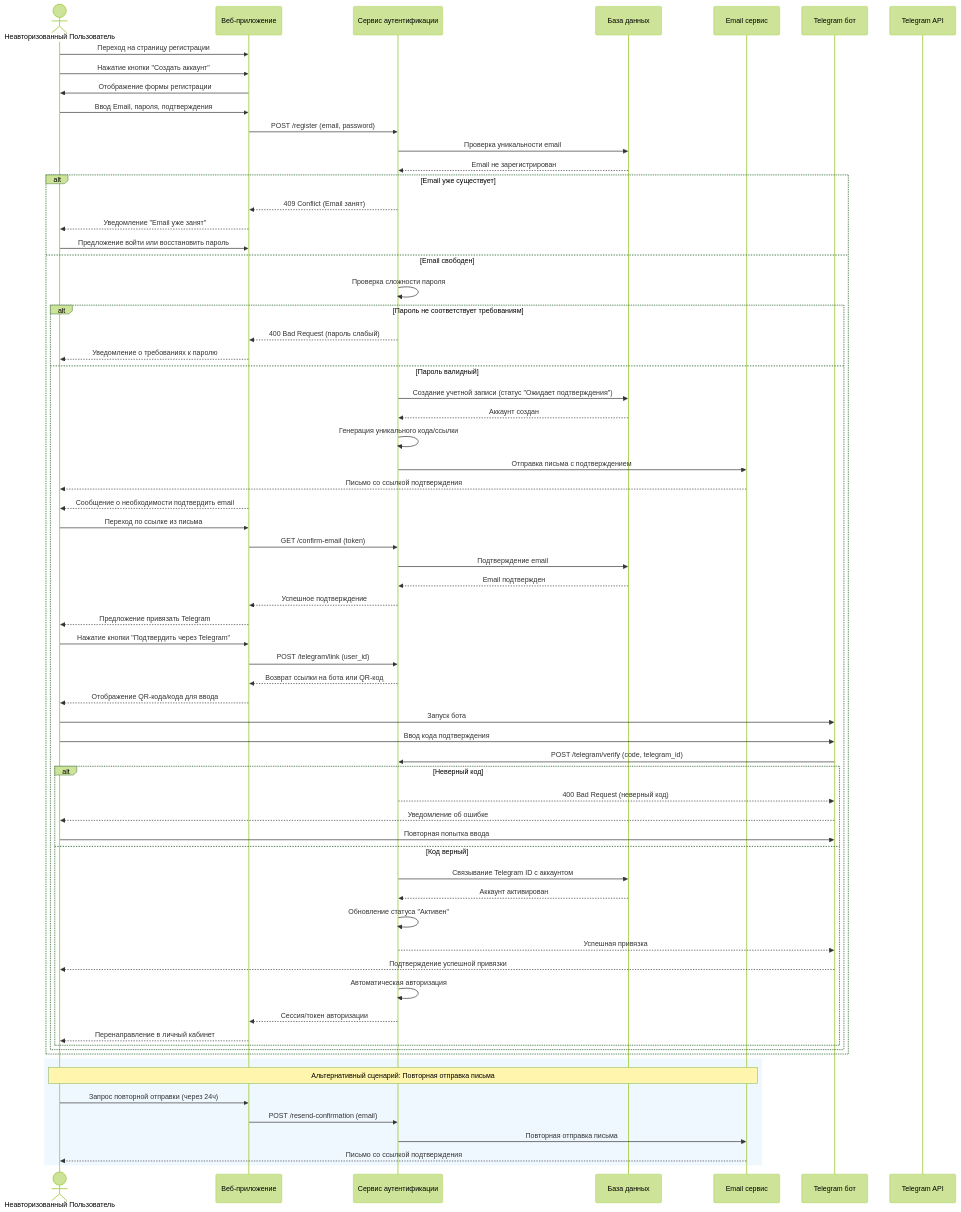
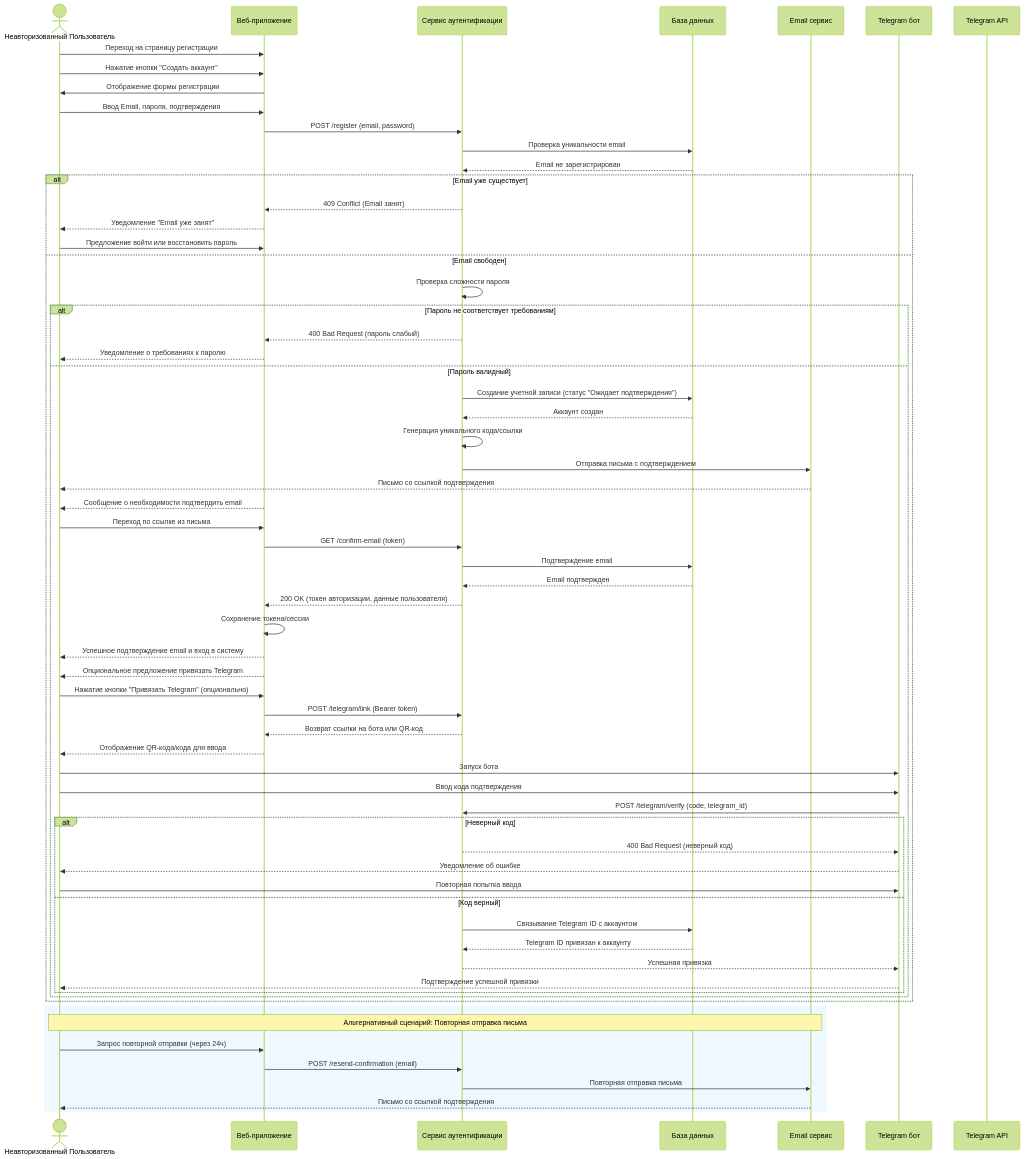
The diagram in docs/sequence/UC-01.md (Rento-devteam/Rento), drawn with Mermaid (forest theme) before and after one commit. The commit also changed 6 other files, not shown here.

````diff
--- a/docs/sequence/UC-01.md
+++ b/docs/sequence/UC-01.md
@@ -1,84 +1,81 @@
 ```mermaid
     sequenceDiagram
     actor User as Неавторизованный Пользователь
     participant WebApp as Веб-приложение
     participant AuthService as Сервис аутентификации
     participant Database as База данных
     participant EmailService as Email сервис
     participant TelegramBot as Telegram бот
     participant TelegramAPI as Telegram API
 
     User->>WebApp: Переход на страницу регистрации
     User->>WebApp: Нажатие кнопки "Создать аккаунт"
     WebApp->>User: Отображение формы регистрации
     
     User->>WebApp: Ввод Email, пароля, подтверждения
     WebApp->>AuthService: POST /register (email, password)
     
     AuthService->>Database: Проверка уникальности email
     Database-->>AuthService: Email не зарегистрирован
     
     alt Email уже существует
         AuthService-->>WebApp: 409 Conflict (Email занят)
         WebApp-->>User: Уведомление "Email уже занят"
         User->>WebApp: Предложение войти или восстановить пароль
     else Email свободен
         AuthService->>AuthService: Проверка сложности пароля
         
         alt Пароль не соответствует требованиям
             AuthService-->>WebApp: 400 Bad Request (пароль слабый)
             WebApp-->>User: Уведомление о требованиях к паролю
         else Пароль валидный
             AuthService->>Database: Создание учетной записи (статус "Ожидает подтверждения")
             Database-->>AuthService: Аккаунт создан
             AuthService->>AuthService: Генерация уникального кода/ссылки
             
             AuthService->>EmailService: Отправка письма с подтверждением
             EmailService-->>User: Письмо со ссылкой подтверждения
             WebApp-->>User: Сообщение о необходимости подтвердить email
             
             User->>WebApp: Переход по ссылке из письма
             WebApp->>AuthService: GET /confirm-email (token)
             AuthService->>Database: Подтверждение email
             Database-->>AuthService: Email подтвержден
             
-            AuthService-->>WebApp: Успешное подтверждение
-            WebApp-->>User: Предложение привязать Telegram
+            AuthService-->>WebApp: 200 OK (токен авторизации, данные пользователя)
+            WebApp->>WebApp: Сохранение токена/сессии
+            WebApp-->>User: Успешное подтверждение email и вход в систему
+            WebApp-->>User: Опциональное предложение привязать Telegram
             
-            User->>WebApp: Нажатие кнопки "Подтвердить через Telegram"
-            WebApp->>AuthService: POST /telegram/link (user_id)
+            User->>WebApp: Нажатие кнопки "Привязать Telegram" (опционально)
+            WebApp->>AuthService: POST /telegram/link (Bearer token)
             AuthService-->>WebApp: Возврат ссылки на бота или QR-код
             WebApp-->>User: Отображение QR-кода/кода для ввода
             
             User->>TelegramBot: Запуск бота
             User->>TelegramBot: Ввод кода подтверждения
             TelegramBot->>AuthService: POST /telegram/verify (code, telegram_id)
             
             alt Неверный код
                 AuthService-->>TelegramBot: 400 Bad Request (неверный код)
                 TelegramBot-->>User: Уведомление об ошибке
                 User->>TelegramBot: Повторная попытка ввода
             else Код верный
                 AuthService->>Database: Связывание Telegram ID с аккаунтом
-                Database-->>AuthService: Аккаунт активирован
-                AuthService->>AuthService: Обновление статуса "Активен"
+                Database-->>AuthService: Telegram ID привязан к аккаунту
                 AuthService-->>TelegramBot: Успешная привязка
                 TelegramBot-->>User: Подтверждение успешной привязки
-                
-                AuthService->>AuthService: Автоматическая авторизация
-                AuthService-->>WebApp: Сессия/токен авторизации
-                WebApp-->>User: Перенаправление в личный кабинет
             end
         end
     end
 
     rect rgb(240, 248, 255)
         Note over User,EmailService: Альтернативный сценарий: Повторная отправка письма
         User->>WebApp: Запрос повторной отправки (через 24ч)
         WebApp->>AuthService: POST /resend-confirmation (email)
         AuthService->>EmailService: Повторная отправка письма
         EmailService-->>User: Письмо со ссылкой подтверждения
     end
 
 
 ```
````
